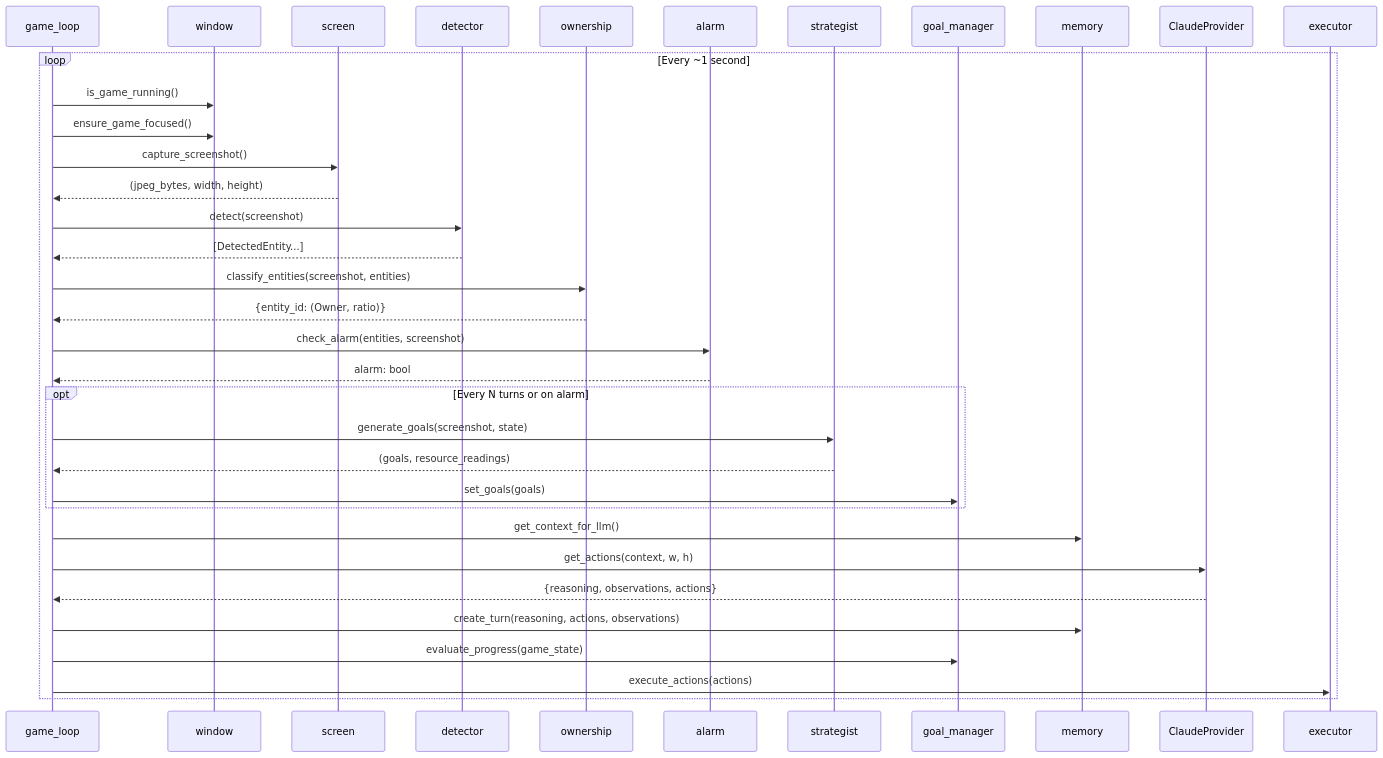
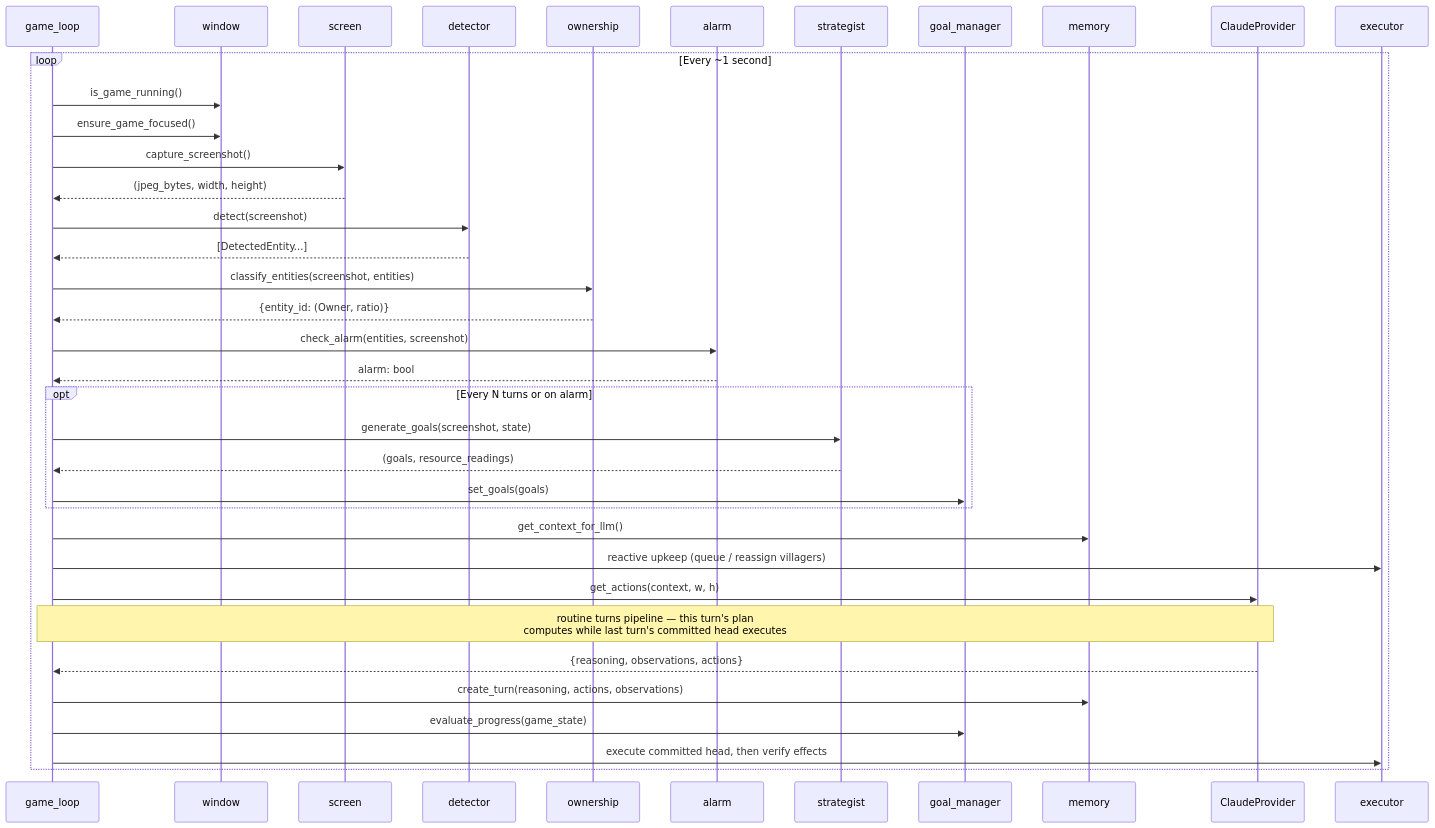
The diagram in docs/part1-architecture/02-game-loop-pipeline.md (dobosmarton/aoe2-agent), drawn with Mermaid before and after one commit. The commit also changed other lines of this file and 5 other files, not shown here.

````diff
--- a/docs/part1-architecture/02-game-loop-pipeline.md
+++ b/docs/part1-architecture/02-game-loop-pipeline.md
@@ -13,38 +13,40 @@
 ```mermaid
 sequenceDiagram
     participant GL as game_loop
     participant W as window
     participant S as screen
     participant D as detector
     participant OWN as ownership
     participant ALM as alarm
     participant STR as strategist
     participant GM as goal_manager
     participant M as memory
     participant C as ClaudeProvider
     participant E as executor
 
     loop Every ~1 second
         GL->>W: is_game_running()
         GL->>W: ensure_game_focused()
         GL->>S: capture_screenshot()
         S-->>GL: (jpeg_bytes, width, height)
         GL->>D: detect(screenshot)
         D-->>GL: [DetectedEntity...]
         GL->>OWN: classify_entities(screenshot, entities)
         OWN-->>GL: {entity_id: (Owner, ratio)}
         GL->>ALM: check_alarm(entities, screenshot)
         ALM-->>GL: alarm: bool
         opt Every N turns or on alarm
             GL->>STR: generate_goals(screenshot, state)
             STR-->>GL: (goals, resource_readings)
             GL->>GM: set_goals(goals)
         end
         GL->>M: get_context_for_llm()
+        GL->>E: reactive upkeep (queue / reassign villagers)
         GL->>C: get_actions(context, w, h)
+        Note over GL,C: routine turns pipeline — this turn's plan<br/>computes while last turn's committed head executes
         C-->>GL: {reasoning, observations, actions}
         GL->>M: create_turn(reasoning, actions, observations)
         GL->>GM: evaluate_progress(game_state)
-        GL->>E: execute_actions(actions)
+        GL->>E: execute committed head, then verify effects
     end
 ```
````
